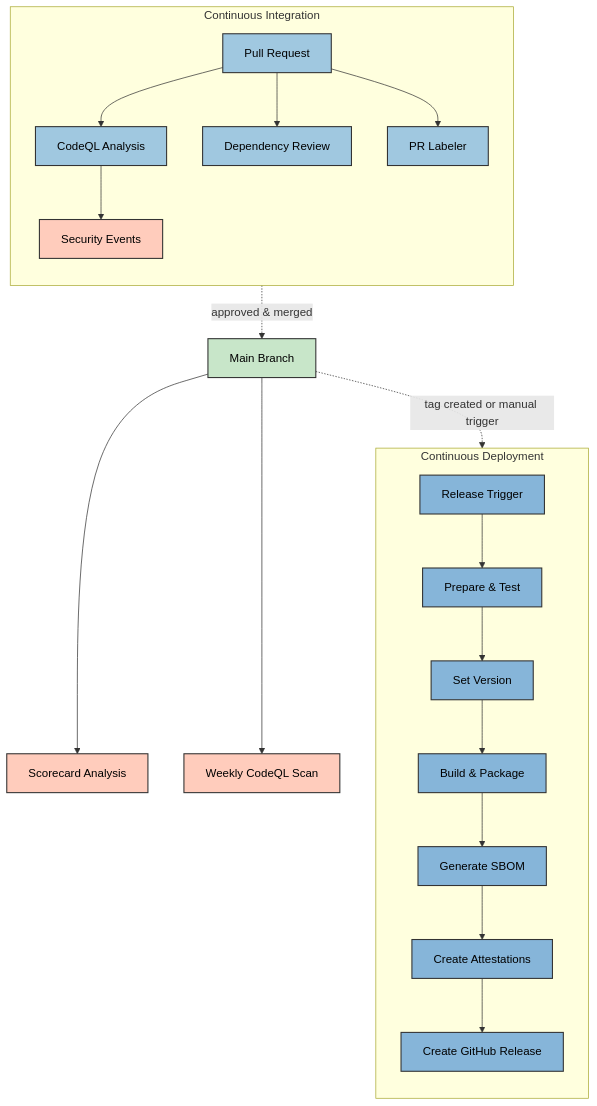
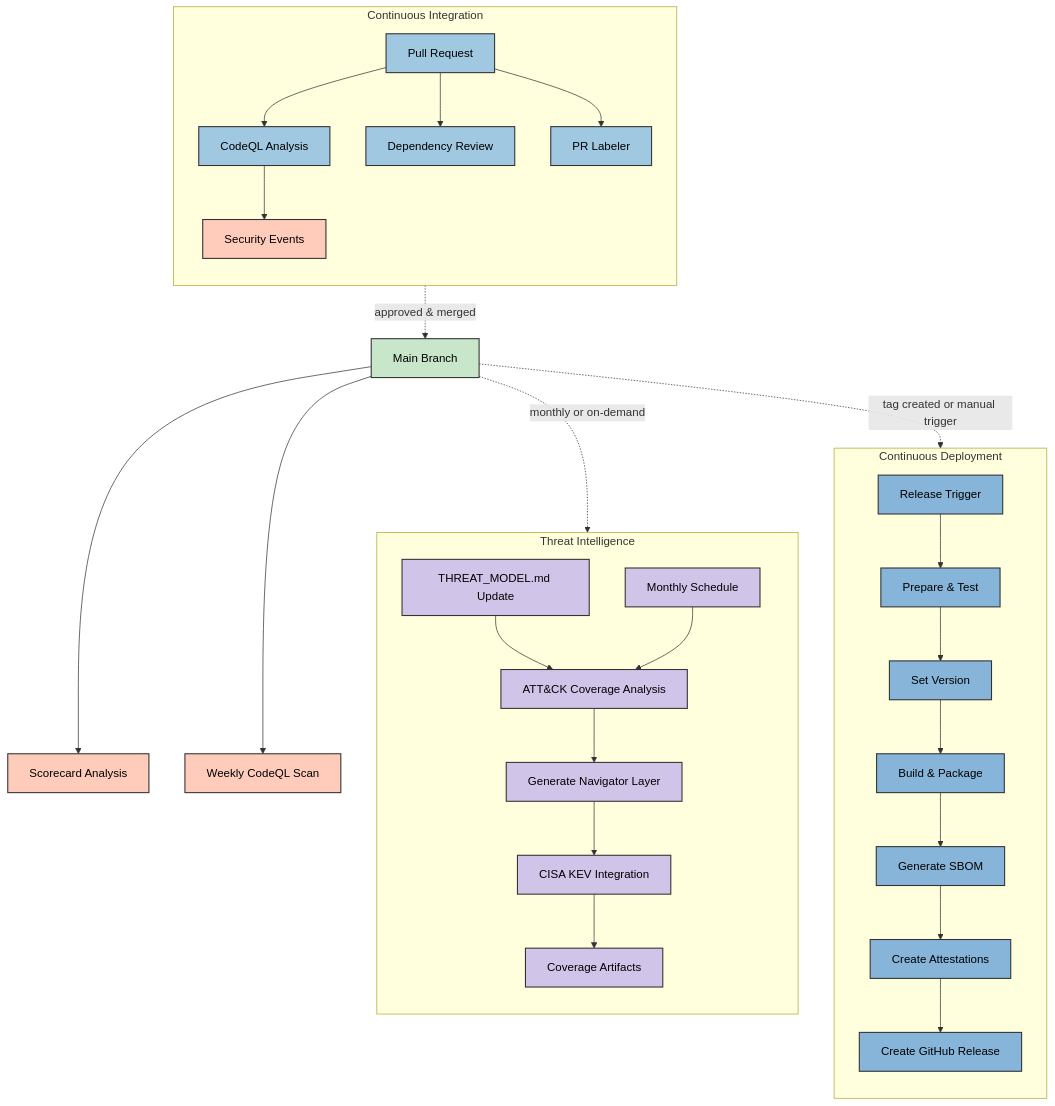
The second of 9 diagrams in WORKFLOWS.md (Hack23/cia), drawn with Mermaid before and after one commit. The commit also changed other lines of this file and 8 other files, not shown here.

First line of the commit message:
feat: add MITRE ATT&CK automation and coverage analysis

````diff
--- a/WORKFLOWS.md
+++ b/WORKFLOWS.md
@@ -102,38 +105,49 @@
 ```mermaid
 flowchart TB
     subgraph "Continuous Integration"
         direction TB
         PR[Pull Request] --> CodeQLScan[CodeQL Analysis]
         PR --> DependencyReview[Dependency Review]
         PR --> Labeler[PR Labeler]
         CodeQLScan --> SecurityEvents[Security Events]
     end
 
     subgraph "Continuous Deployment"
         direction TB
         Release[Release Trigger] --> BuildTest[Prepare & Test]
         BuildTest --> SetVersion[Set Version]
         SetVersion --> BuildPackage[Build & Package]
         BuildPackage --> GenerateSBOM[Generate SBOM]
         GenerateSBOM --> Attestations[Create Attestations]
         Attestations --> CreateRelease[Create GitHub Release]
     end
+    
+    subgraph "Threat Intelligence"
+        direction TB
+        ThreatUpdate[THREAT_MODEL.md Update] --> AttackAnalysis[ATT&CK Coverage Analysis]
+        MonthlySchedule[Monthly Schedule] --> AttackAnalysis
+        AttackAnalysis --> NavigatorLayer[Generate Navigator Layer]
+        NavigatorLayer --> KEVIntegration[CISA KEV Integration]
+        KEVIntegration --> ThreatArtifacts[Coverage Artifacts]
+    end
 
     PR -.-> |"approved & merged"| main[Main Branch]
     main --> Scorecard[Scorecard Analysis]
     main --> WeeklyScan[Weekly CodeQL Scan]
     main -.-> |"tag created or manual trigger"| Release
+    main -.-> |"monthly or on-demand"| MonthlySchedule
 
     %% Color styling for visual clarity
     classDef integration fill:#a0c8e0,stroke:#333,stroke-width:1.5px,color:black
     classDef deployment fill:#86b5d9,stroke:#333,stroke-width:1.5px,color:black
     classDef process fill:#c8e6c9,stroke:#333,stroke-width:1.5px,color:black
     classDef trigger fill:#bbdefb,stroke:#333,stroke-width:1.5px,color:black
     classDef security fill:#ffccbc,stroke:#333,stroke-width:1.5px,color:black
-    classDef audit fill:#ffecb3,stroke:#333,stroke-width:1.5px,color:black
+    classDef threat fill:#d1c4e9,stroke:#333,stroke-width:1.5px,color:black
 
     class PR,CodeQLScan,DependencyReview,Labeler integration
     class Release,BuildTest,SetVersion,BuildPackage,GenerateSBOM,Attestations,CreateRelease deployment
     class main process
     class SecurityEvents,Scorecard,WeeklyScan security
+    class ThreatUpdate,MonthlySchedule,AttackAnalysis,NavigatorLayer,KEVIntegration,ThreatArtifacts threat
 ```
````
